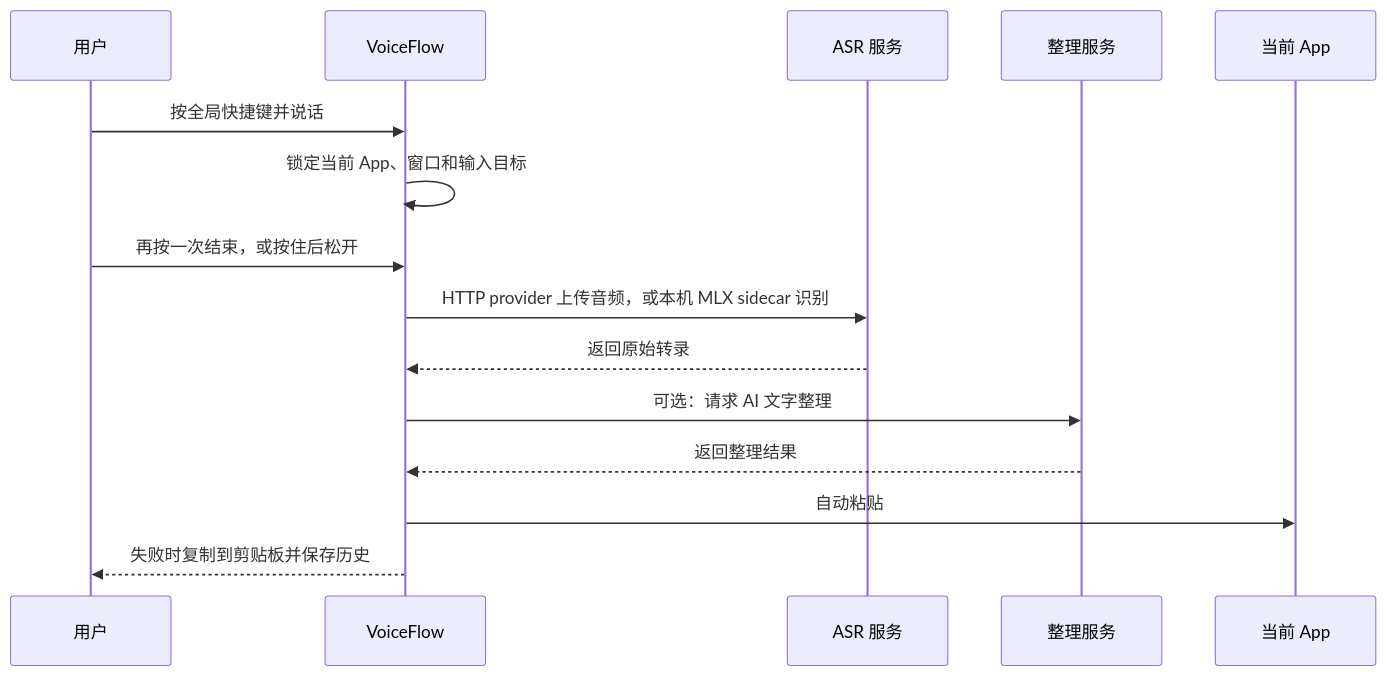
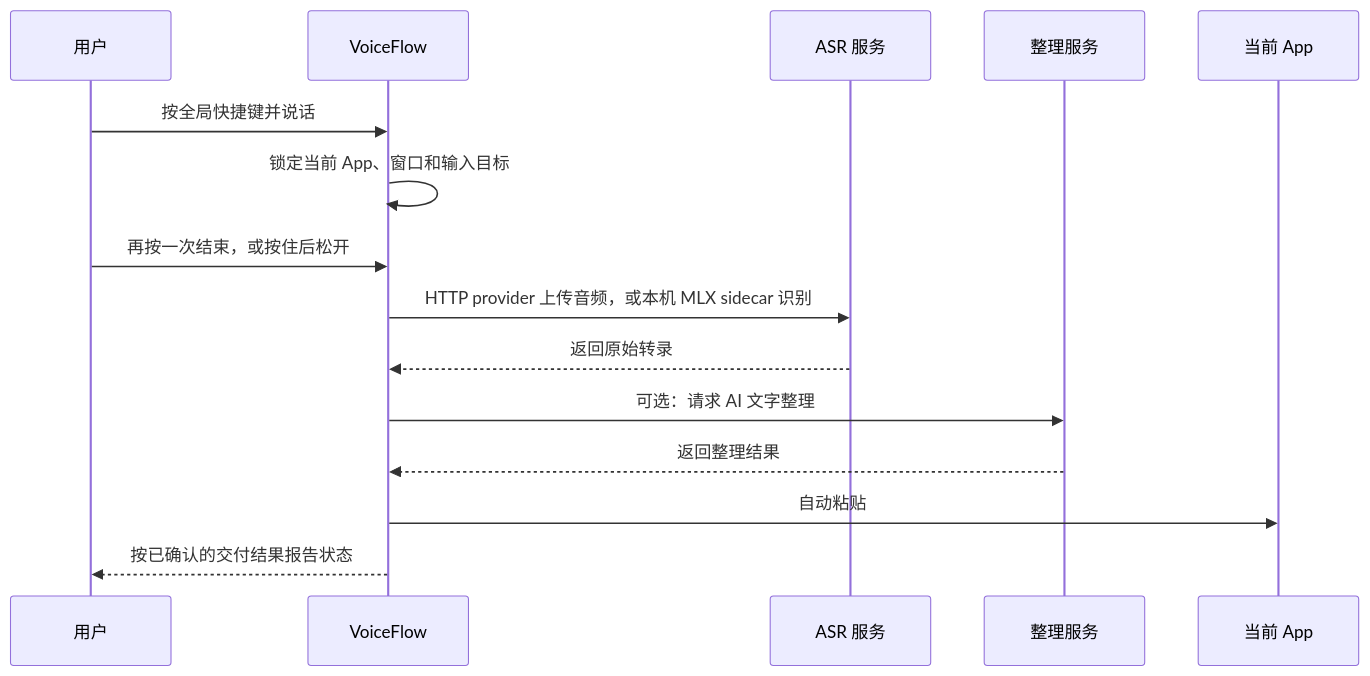
The second of 2 diagrams in README.md (wangm12/voice-flow), drawn with Mermaid before and after one commit. The commit also changed other lines of this file and 793 other files, not shown here.

````diff
--- a/README.md
+++ b/README.md
@@ -79,18 +102,18 @@
 ```mermaid
 sequenceDiagram
     participant U as 用户
     participant V as VoiceFlow
     participant S as ASR 服务
     participant L as 整理服务
     participant A as 当前 App
 
     U->>V: 按全局快捷键并说话
     V->>V: 锁定当前 App、窗口和输入目标
     U->>V: 再按一次结束，或按住后松开
     V->>S: HTTP provider 上传音频，或本机 MLX sidecar 识别
     S-->>V: 返回原始转录
     V->>L: 可选：请求 AI 文字整理
     L-->>V: 返回整理结果
     V->>A: 自动粘贴
-    V-->>U: 失败时复制到剪贴板并保存历史
+    V-->>U: 按已确认的交付结果报告状态
 ```
````
